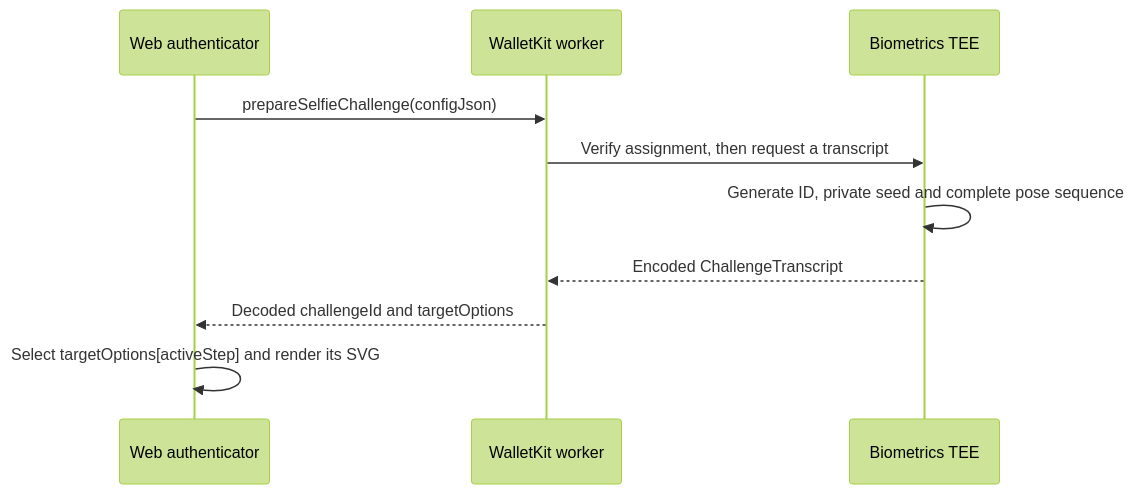
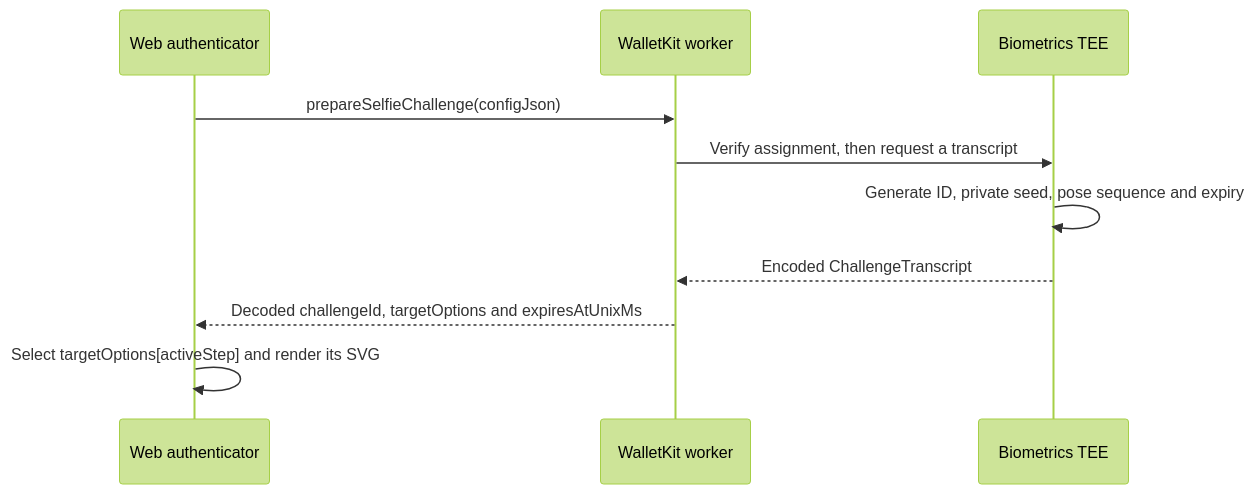
The second of 2 diagrams in docs/web/architecture.md (worldcoin/walletkit), drawn with Mermaid (forest theme) before and after one commit. The commit also changed other lines of this file and 4 other files, not shown here.

Commit message:
feat(web): preserve challenge transcript expiry

````diff
--- a/docs/web/architecture.md
+++ b/docs/web/architecture.md
@@ -185,12 +188,12 @@
 ```mermaid
 sequenceDiagram
   participant App as Web authenticator
   participant WK as WalletKit worker
   participant TEE as Biometrics TEE
   App->>WK: prepareSelfieChallenge(configJson)
   WK->>TEE: Verify assignment, then request a transcript
-  TEE->>TEE: Generate ID, private seed and complete pose sequence
+  TEE->>TEE: Generate ID, private seed, pose sequence and expiry
   TEE-->>WK: Encoded ChallengeTranscript
-  WK-->>App: Decoded challengeId and targetOptions
+  WK-->>App: Decoded challengeId, targetOptions and expiresAtUnixMs
   App->>App: Select targetOptions[activeStep] and render its SVG
 ```
````
